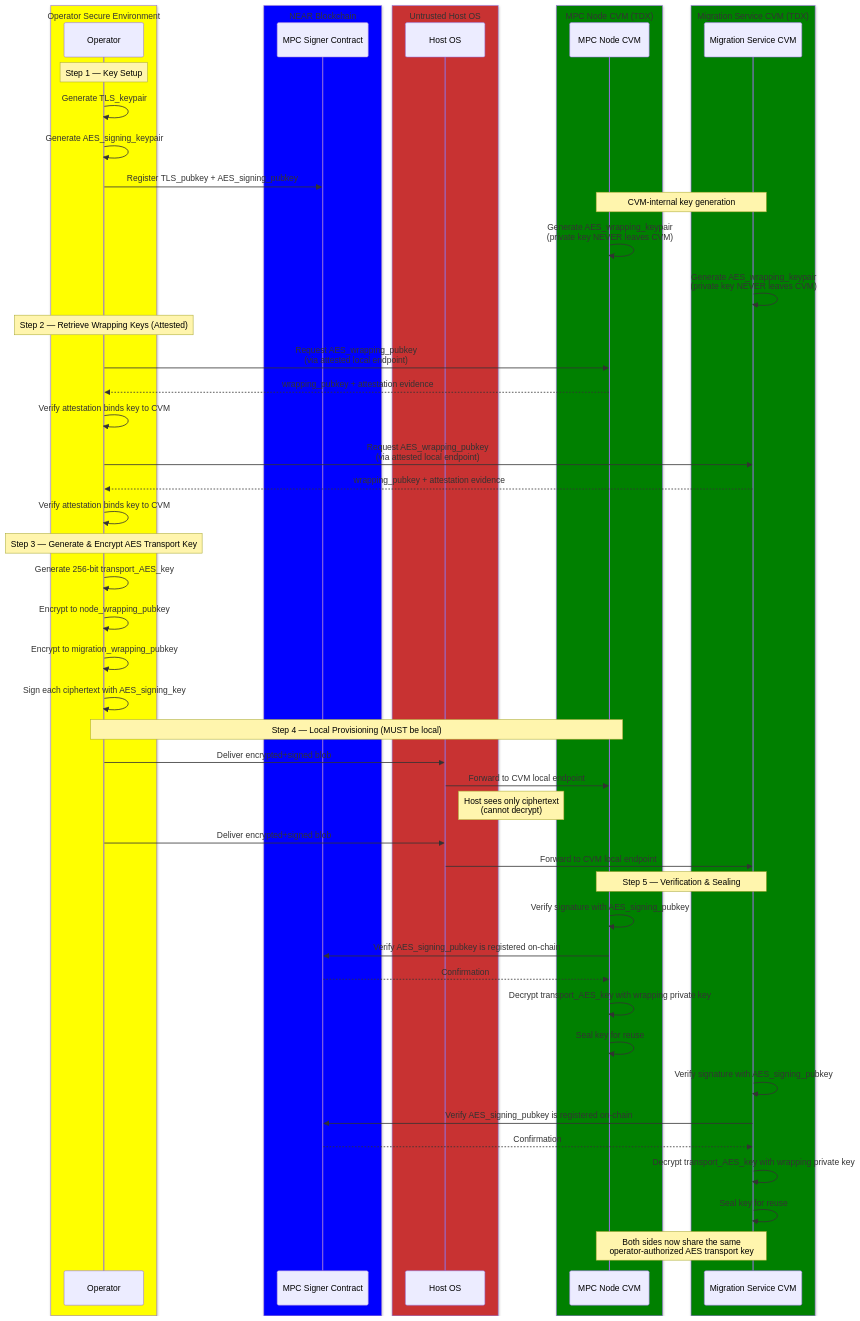
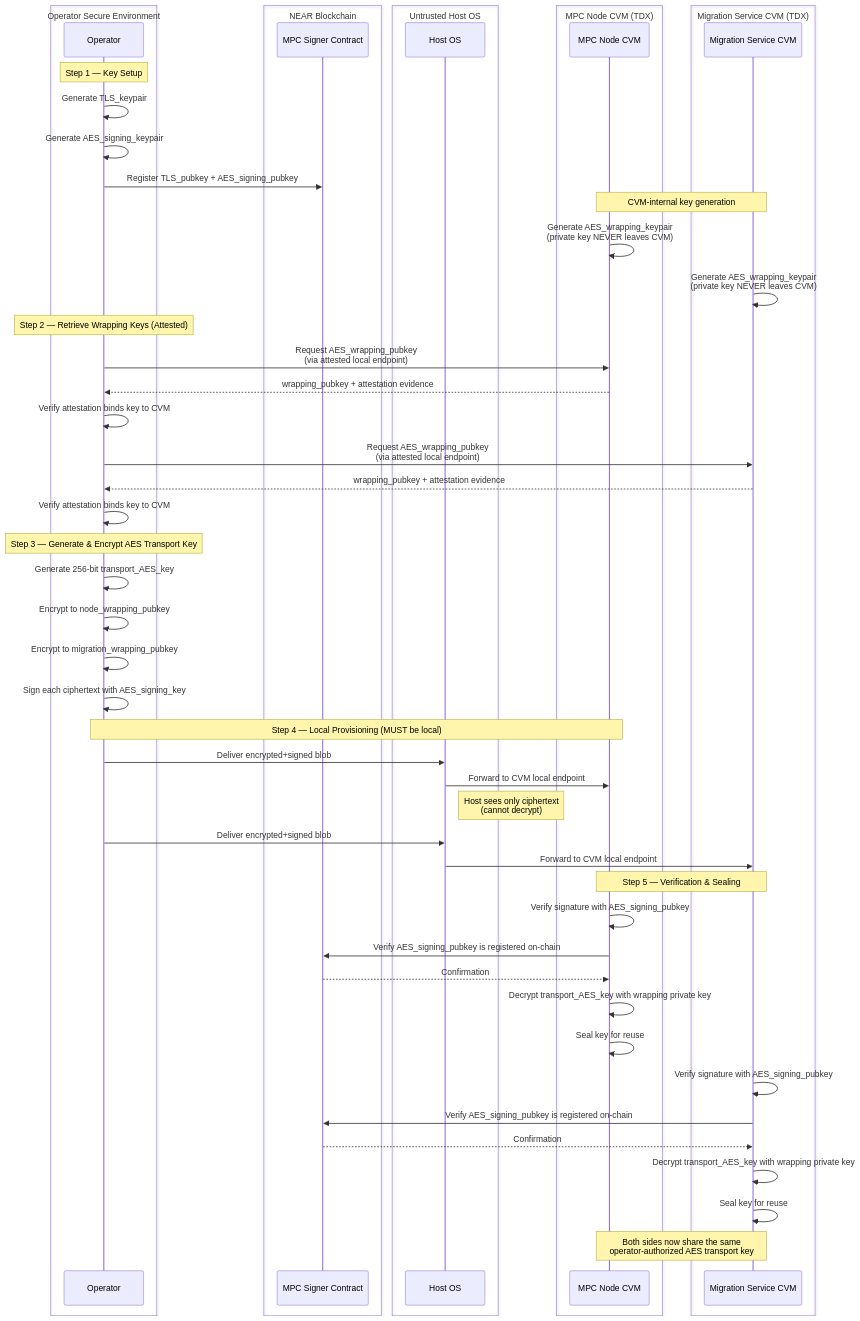
The second of 3 diagrams in docs/threat-model-diagram.md (near/mpc), drawn with Mermaid before and after one commit.

Commit message:
docs: remove colors from AES provisioning sequence diagram

````diff
--- a/docs/threat-model-diagram.md
+++ b/docs/threat-model-diagram.md
@@ -165,65 +165,65 @@
 ```mermaid
 sequenceDiagram
-    box Yellow Operator Secure Environment
+    box Operator Secure Environment
         participant OP as Operator
     end
-    box Blue NEAR Blockchain
+    box NEAR Blockchain
         participant BC as MPC Signer Contract
     end
-    box rgb(200,50,50) Untrusted Host OS
+    box Untrusted Host OS
         participant HOST as Host OS
     end
-    box Green MPC Node CVM (TDX)
+    box MPC Node CVM (TDX)
         participant NODE as MPC Node CVM
     end
-    box Green Migration Service CVM (TDX)
+    box Migration Service CVM (TDX)
         participant MIG as Migration Service CVM
     end
 
     Note over OP: Step 1 — Key Setup
     OP ->> OP: Generate TLS_keypair
     OP ->> OP: Generate AES_signing_keypair
     OP ->> BC: Register TLS_pubkey + AES_signing_pubkey
 
     Note over NODE,MIG: CVM-internal key generation
     NODE ->> NODE: Generate AES_wrapping_keypair<br/>(private key NEVER leaves CVM)
     MIG ->> MIG: Generate AES_wrapping_keypair<br/>(private key NEVER leaves CVM)
 
     Note over OP: Step 2 — Retrieve Wrapping Keys (Attested)
     OP ->> NODE: Request AES_wrapping_pubkey<br/>(via attested local endpoint)
     NODE -->> OP: wrapping_pubkey + attestation evidence
     OP ->> OP: Verify attestation binds key to CVM
 
     OP ->> MIG: Request AES_wrapping_pubkey<br/>(via attested local endpoint)
     MIG -->> OP: wrapping_pubkey + attestation evidence
     OP ->> OP: Verify attestation binds key to CVM
 
     Note over OP: Step 3 — Generate & Encrypt AES Transport Key
     OP ->> OP: Generate 256-bit transport_AES_key
     OP ->> OP: Encrypt to node_wrapping_pubkey
     OP ->> OP: Encrypt to migration_wrapping_pubkey
     OP ->> OP: Sign each ciphertext with AES_signing_key
 
     Note over OP,NODE: Step 4 — Local Provisioning (MUST be local)
     OP ->> HOST: Deliver encrypted+signed blob
     HOST ->> NODE: Forward to CVM local endpoint
     Note right of HOST: Host sees only ciphertext<br/>(cannot decrypt)
 
     OP ->> HOST: Deliver encrypted+signed blob
     HOST ->> MIG: Forward to CVM local endpoint
 
     Note over NODE,MIG: Step 5 — Verification & Sealing
     NODE ->> NODE: Verify signature with AES_signing_pubkey
     NODE ->> BC: Verify AES_signing_pubkey is registered on-chain
     BC -->> NODE: Confirmation
     NODE ->> NODE: Decrypt transport_AES_key with wrapping private key
     NODE ->> NODE: Seal key for reuse
 
     MIG ->> MIG: Verify signature with AES_signing_pubkey
     MIG ->> BC: Verify AES_signing_pubkey is registered on-chain
     BC -->> MIG: Confirmation
     MIG ->> MIG: Decrypt transport_AES_key with wrapping private key
     MIG ->> MIG: Seal key for reuse
 
     Note over NODE,MIG: Both sides now share the same<br/>operator-authorized AES transport key
 ```
````
